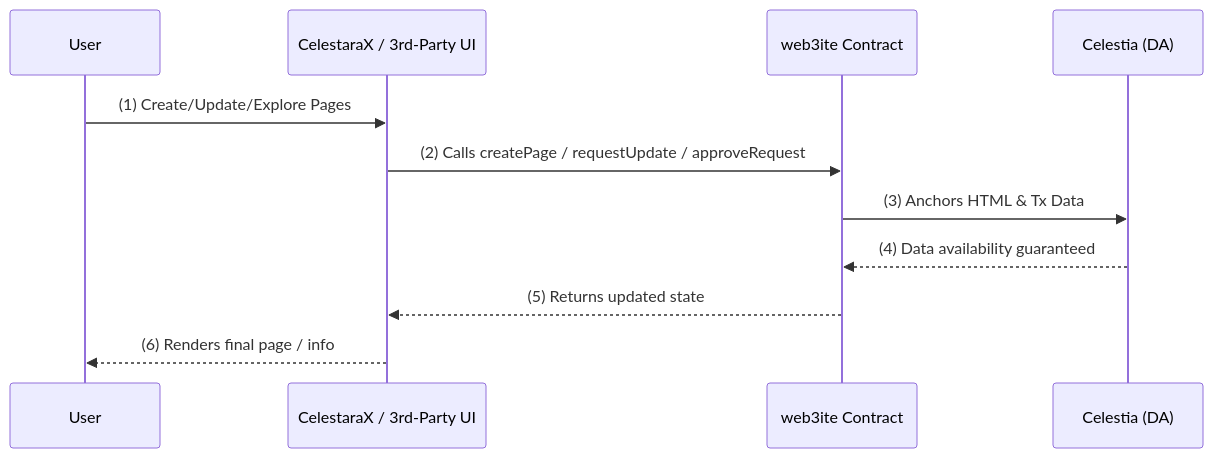
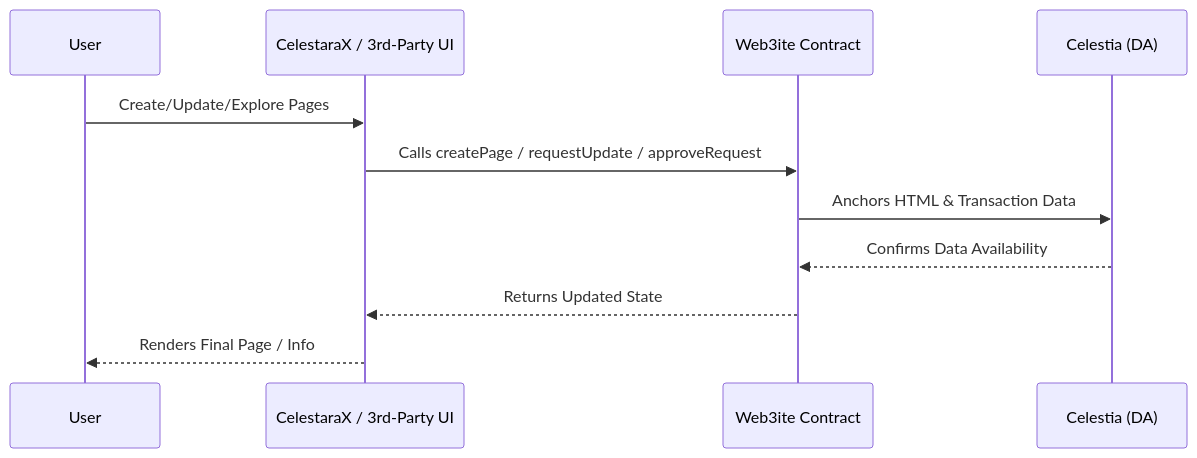
One commit to CelestaraX/CelestaraX-FE changed the first of 2 diagrams in README.md. Above: the diagram before and after it, drawn with Mermaid. The commit also changed other lines of this file, not shown here.

````diff
--- a/README.md
+++ b/README.md
@@ -37,13 +30,13 @@
 ```mermaid
 sequenceDiagram
     participant User as User
     participant FrontEnd as CelestaraX / 3rd-Party UI
-    participant Web3ite as web3ite Contract
+    participant Web3ite as Web3ite Contract
     participant Celestia as Celestia (DA)
-    User->>FrontEnd: (1) Create/Update/Explore Pages
-    FrontEnd->>Web3ite: (2) Calls createPage / requestUpdate / approveRequest
-    Web3ite->>Celestia: (3) Anchors HTML & Tx Data
-    Celestia-->>Web3ite: (4) Data availability guaranteed
-    Web3ite-->>FrontEnd: (5) Returns updated state
-    FrontEnd-->>User: (6) Renders final page / info
+    User->>FrontEnd: Create/Update/Explore Pages
+    FrontEnd->>Web3ite: Calls createPage / requestUpdate / approveRequest
+    Web3ite->>Celestia: Anchors HTML & Transaction Data
+    Celestia-->>Web3ite: Confirms Data Availability
+    Web3ite-->>FrontEnd: Returns Updated State
+    FrontEnd-->>User: Renders Final Page / Info
 ```
````
